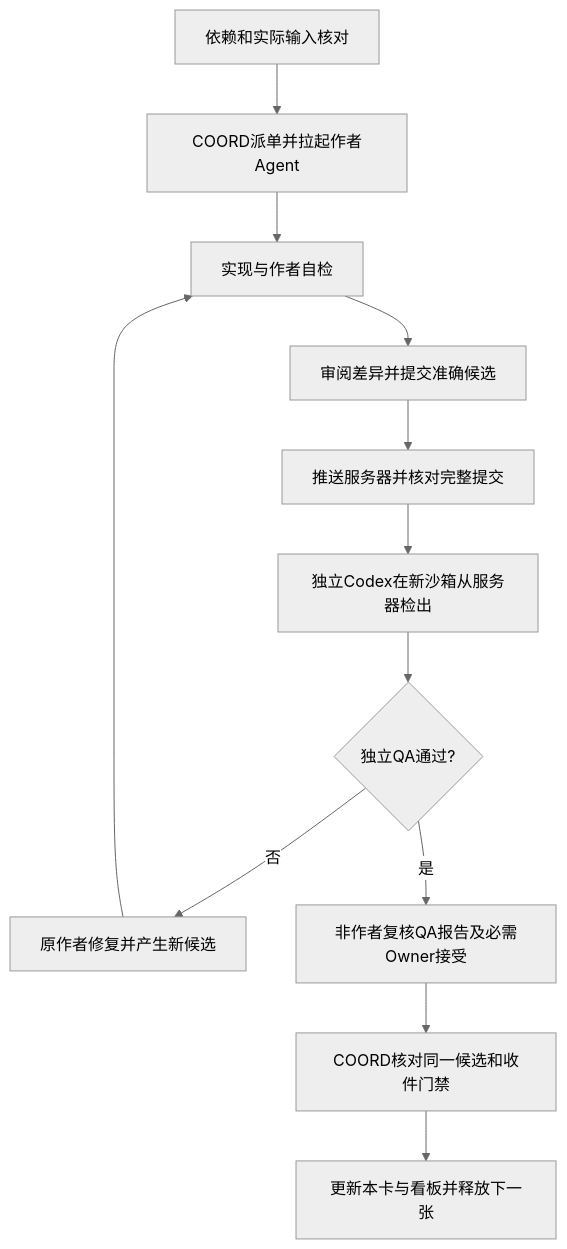
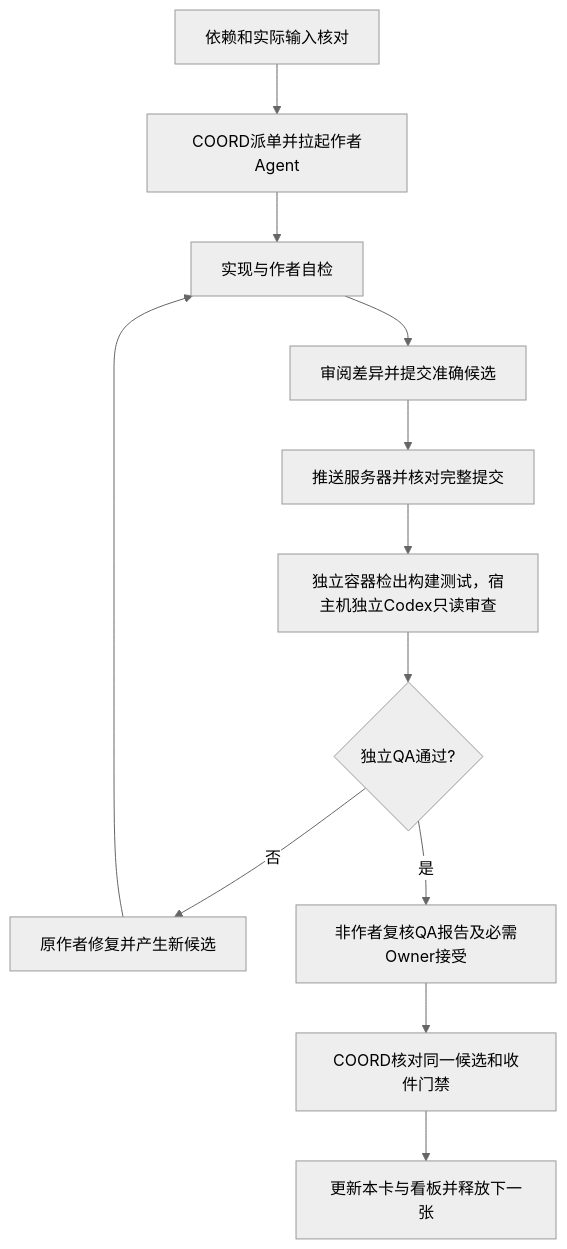
The diagram in .agents/rules/delivery_and_coord_gate.md (sushaohua/project-control), drawn with Mermaid (neutral theme) before and after one commit. The commit also changed other lines of this file and 14 other files, not shown here.

````diff
--- a/.agents/rules/delivery_and_coord_gate.md
+++ b/.agents/rules/delivery_and_coord_gate.md
@@ -20,14 +20,14 @@
 ```mermaid
 flowchart TD
     A[依赖和实际输入核对] --> B[COORD派单并拉起作者Agent]
     B --> C[实现与作者自检]
     C --> D[审阅差异并提交准确候选]
     D --> E[推送服务器并核对完整提交]
-    E --> F[独立Codex在新沙箱从服务器检出]
+    E --> F[独立容器检出构建测试，宿主机独立Codex只读审查]
     F --> G{独立QA通过?}
     G -- 否 --> H[原作者修复并产生新候选]
     H --> C
     G -- 是 --> I[非作者复核QA报告及必需Owner接受]
     I --> J[COORD核对同一候选和收件门禁]
     J --> K[更新本卡与看板并释放下一张]
 ```
````
